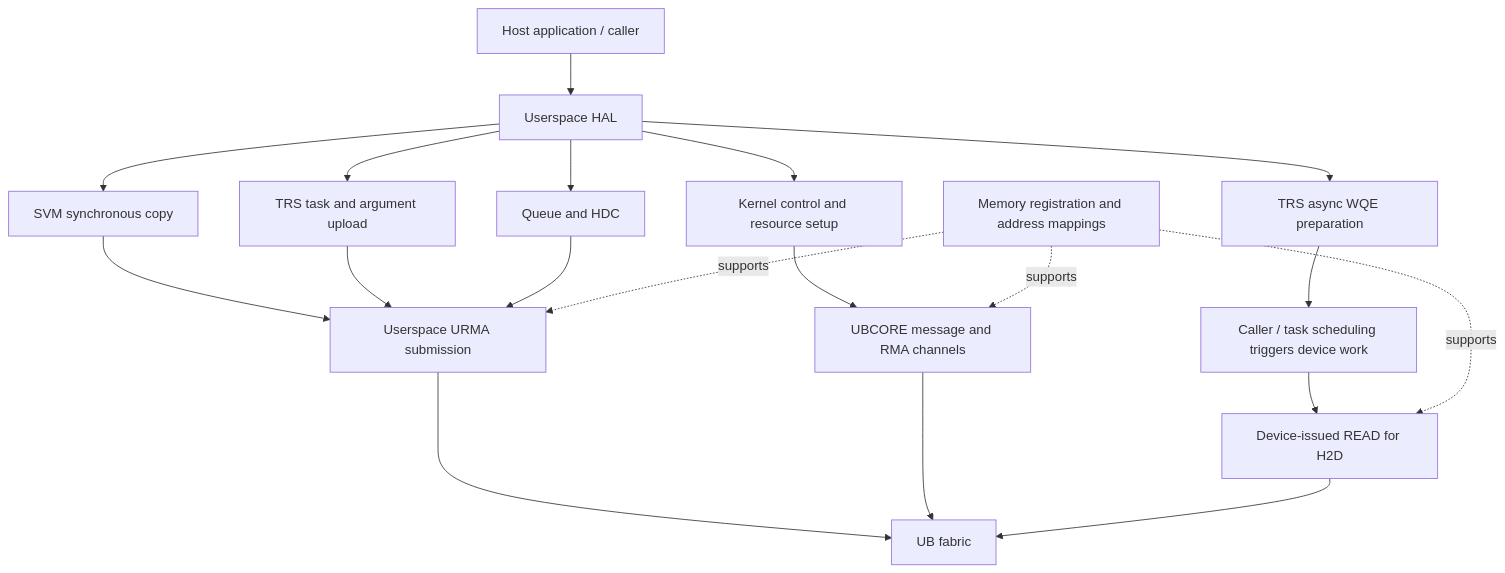
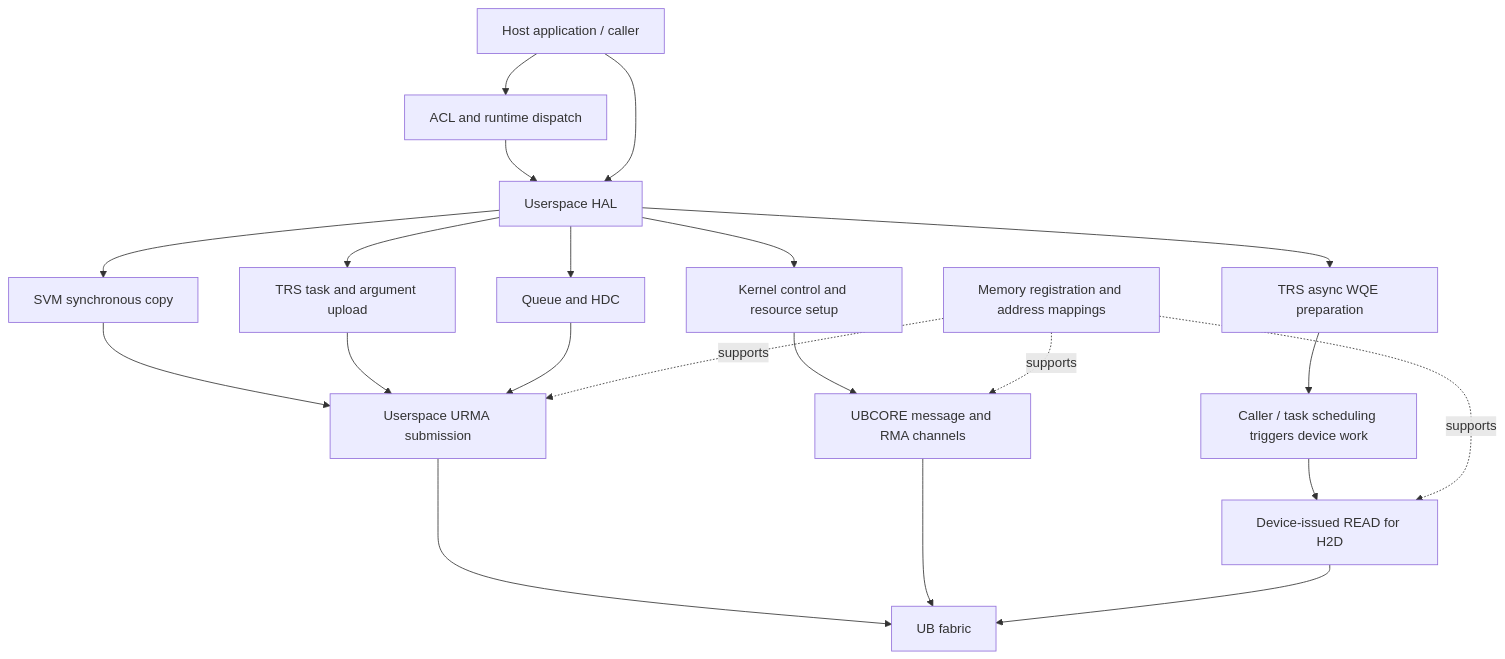
One commit to lijunzhang-disabled/ascend_doc changed the diagram in ub_h2d/README.md. Above: the diagram before and after it, drawn with Mermaid. The commit also changed other lines of this file and 14 other files, not shown here.

````diff
--- a/ub_h2d/README.md
+++ b/ub_h2d/README.md
@@ -88,21 +146,23 @@
 ```mermaid
 flowchart TD
-    A[Host application / caller] --> H[Userspace HAL]
+    A[Host application / caller] --> R0[ACL and runtime dispatch]
+    R0 --> H[Userspace HAL]
+    A --> H
     H --> S[SVM synchronous copy]
     H --> T[TRS task and argument upload]
     H --> Q[Queue and HDC]
     S --> U[Userspace URMA submission]
     T --> U
     Q --> U
     H --> W[TRS async WQE preparation]
     W --> X[Caller / task scheduling triggers device work]
     X --> R[Device-issued READ for H2D]
     H --> K[Kernel control and resource setup]
     K --> C[UBCORE message and RMA channels]
     U --> B[UB fabric]
     C --> B
     R --> B
     M[Memory registration and address mappings] -. supports .-> U
     M -. supports .-> C
     M -. supports .-> R
 ```
````
